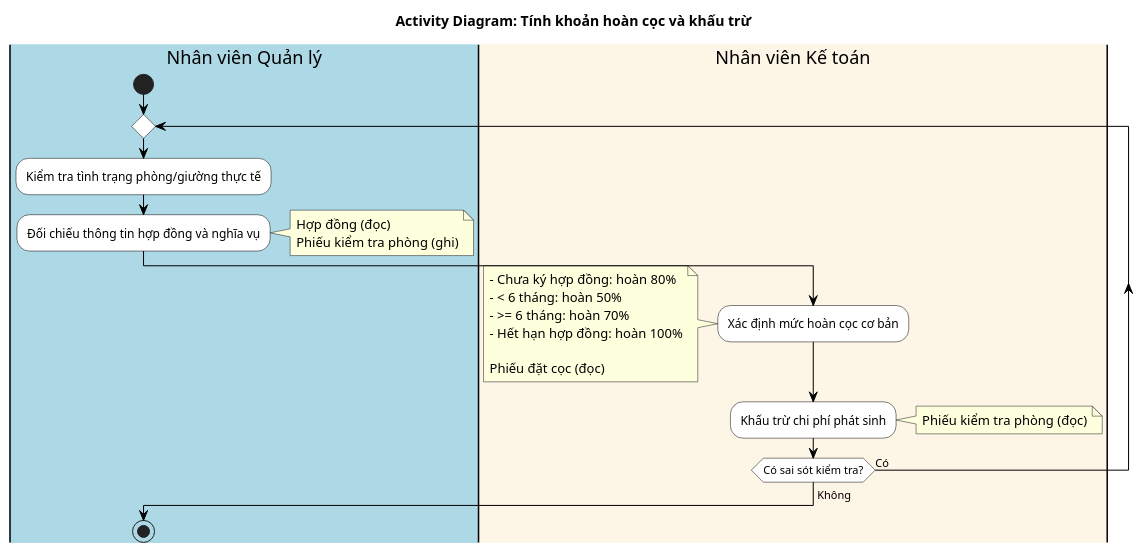
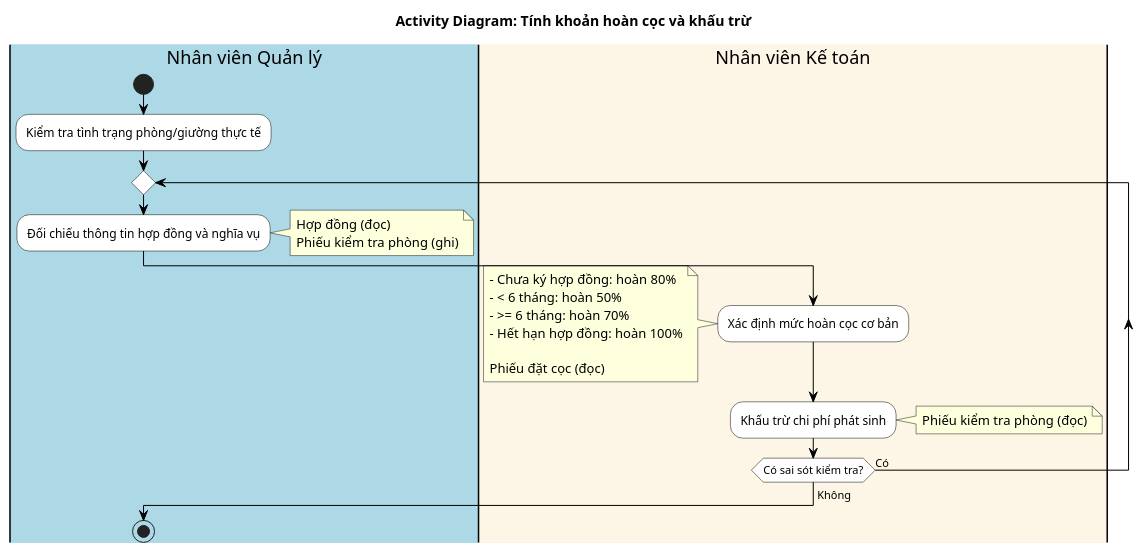
One commit to Gnourt812005/HCMUS-Analyze-and-desgin-IS changed the diagram in doc/business/activity/tinh_khoan_hoan_coc_va_khau_tru.wsd. Above: the diagram before and after it, drawn with PlantUML.

Commit message:
activity/quangdo: update tinh_khoan_hoan_coc_va_khau_tru.wsd

```diff
--- a/doc/business/activity/tinh_khoan_hoan_coc_va_khau_tru.wsd
+++ b/doc/business/activity/tinh_khoan_hoan_coc_va_khau_tru.wsd
@@ -1,50 +1,52 @@
 @startuml
 title Activity Diagram: Tính khoản hoàn cọc và khấu trừ
 
 ' General config
 skinparam activity {
     BackgroundColor White
     BorderColor Black
     ArrowColor Black
 }
 skinparam swimlane {
     BorderColor Black
 }
 
 ' Swimlanes
 |#LightBlue|Nhân viên Quản lý|
 |#OldLace|Nhân viên Kế toán|
 
 ' Start
 |Nhân viên Quản lý|
 start
+:Kiểm tra tình trạng phòng/giường thực tế;
+
 repeat
-:Kiểm tra tình trạng phòng/giường thực tế;
+
 :Đối chiếu thông tin hợp đồng và nghĩa vụ;
 note right
   Hợp đồng (đọc)
   Phiếu kiểm tra phòng (ghi)
 end note
 
 |Nhân viên Kế toán|
 :Xác định mức hoàn cọc cơ bản;
 note left
   - Chưa ký hợp đồng: hoàn 80%
   - < 6 tháng: hoàn 50%
   - >= 6 tháng: hoàn 70%
   - Hết hạn hợp đồng: hoàn 100%
 
   Phiếu đặt cọc (đọc)
 end note
 
 :Khấu trừ chi phí phát sinh;
 note right
   Phiếu kiểm tra phòng (đọc)
 end note
 
 repeat while (Có sai sót kiểm tra?) is (Có)
     |Nhân viên Quản lý|
 ->Không;
 stop
 
 @enduml
```
